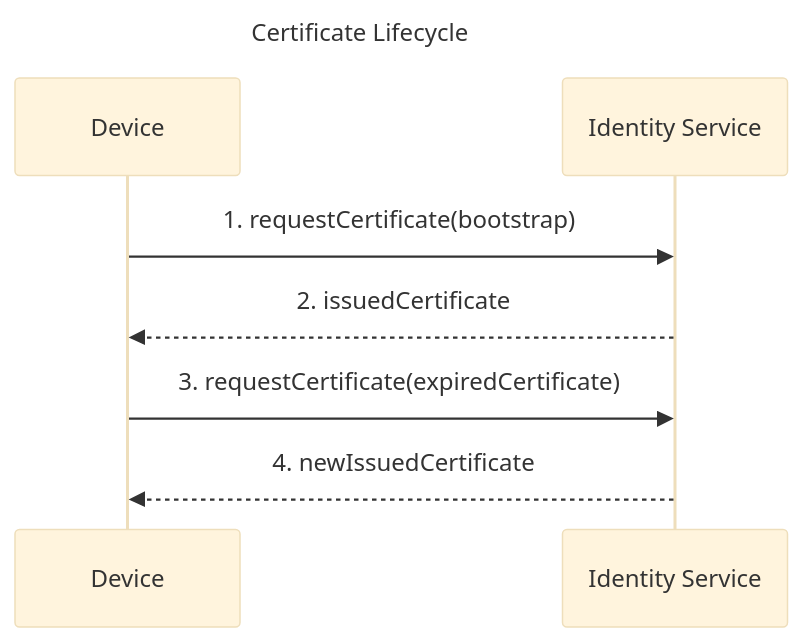
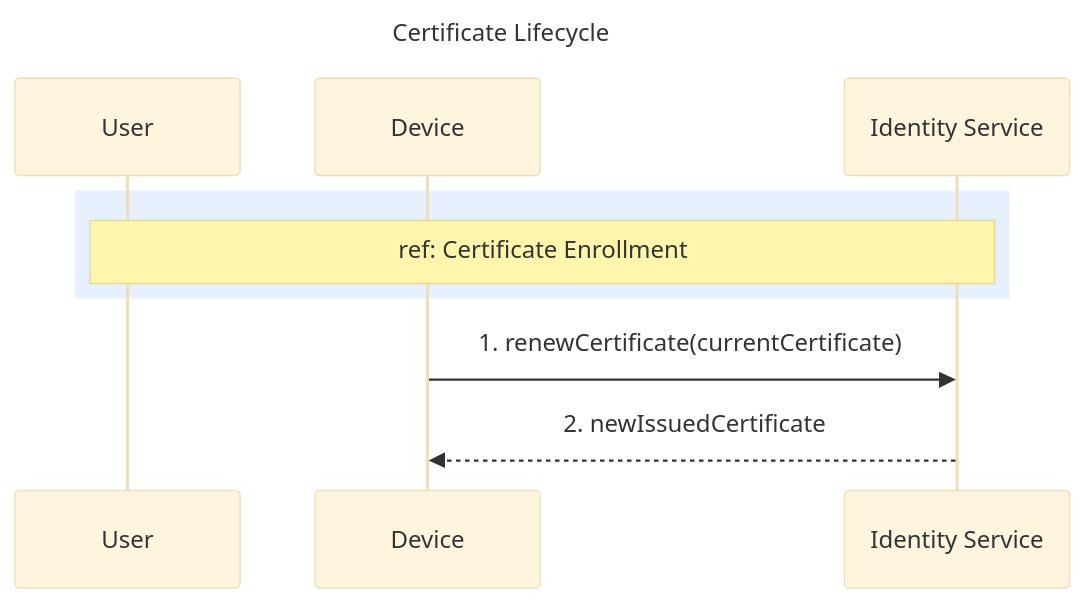
Before and after one commit to diogocerqueiralima/vehicle-tracker: the second of 2 diagrams in docs/device/authentication/certificate-lifecycle.md, drawn with Mermaid (base theme). The commit also changed other lines of this file and 2 other files, not shown here.

First line of the commit message:
docs: update certificate enrollment flow and fix documentation issues

````diff
--- a/docs/device/authentication/certificate-lifecycle.md
+++ b/docs/device/authentication/certificate-lifecycle.md
@@ -55,12 +58,15 @@
 ```mermaid
 sequenceDiagram
     title Certificate Lifecycle
 
+    participant User
     participant Device
     participant IdentityService as Identity Service
 
-    Device->>IdentityService: 1. requestCertificate(bootstrap)
-    IdentityService-->>Device: 2. issuedCertificate
-    Device->>IdentityService: 3. requestCertificate(expiredCertificate)
-    IdentityService-->>Device: 4. newIssuedCertificate
+    rect rgb(230, 240, 255)
+        note over User, IdentityService: ref: Certificate Enrollment
+    end
+
+    Device->>IdentityService: 1. renewCertificate(currentCertificate)
+    IdentityService-->>Device: 2. newIssuedCertificate
 ```
````
